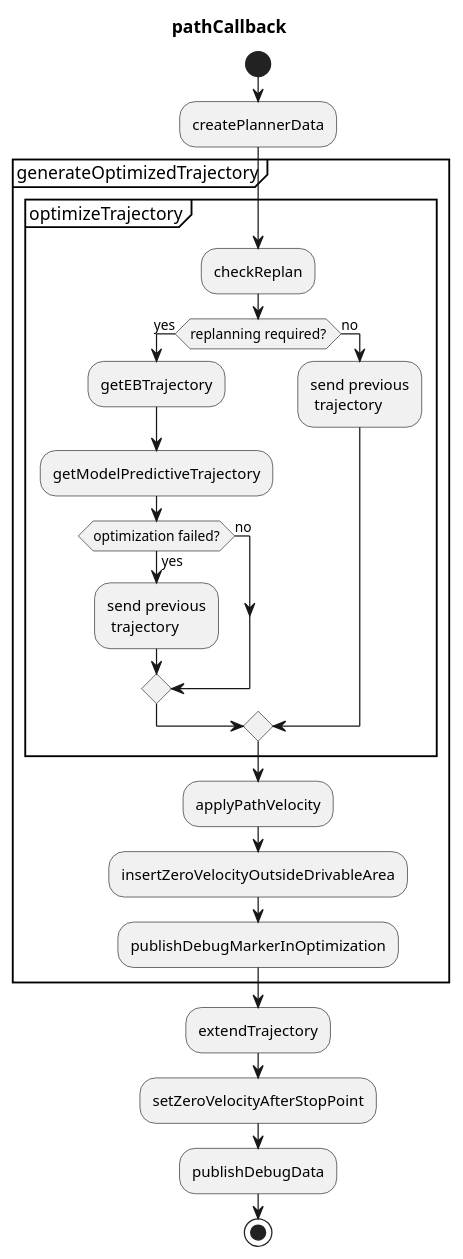
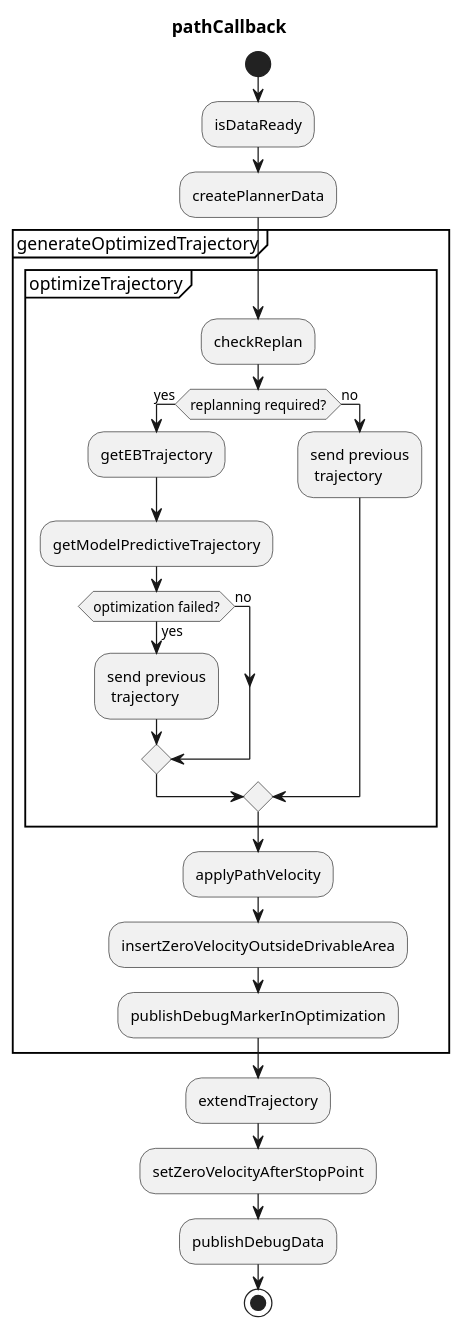
Before and after one commit to autowarefoundation/autoware.universe: the diagram in planning/collision_free_path_planner/README.md, drawn with PlantUML. The commit also changed other lines of this file and 9 other files, not shown here.

````diff
--- a/planning/collision_free_path_planner/README.md
+++ b/planning/collision_free_path_planner/README.md
@@ -36,37 +36,39 @@
 ```plantuml
 @startuml
 title pathCallback
 start
+
+:isDataReady;
 
 :createPlannerData;
 
 group generateOptimizedTrajectory
   group optimizeTrajectory
     :checkReplan;
     if (replanning required?) then (yes)
       :getEBTrajectory;
       :getModelPredictiveTrajectory;
       if (optimization failed?) then (no)
       else (yes)
         :send previous\n trajectory;
       endif
     else (no)
       :send previous\n trajectory;
     endif
   end group
 
   :applyPathVelocity;
   :insertZeroVelocityOutsideDrivableArea;
   :publishDebugMarkerInOptimization;
 end group
 
 
 :extendTrajectory;
 
 :setZeroVelocityAfterStopPoint;
 
 :publishDebugData;
 
 stop
 @enduml
 ```
````
